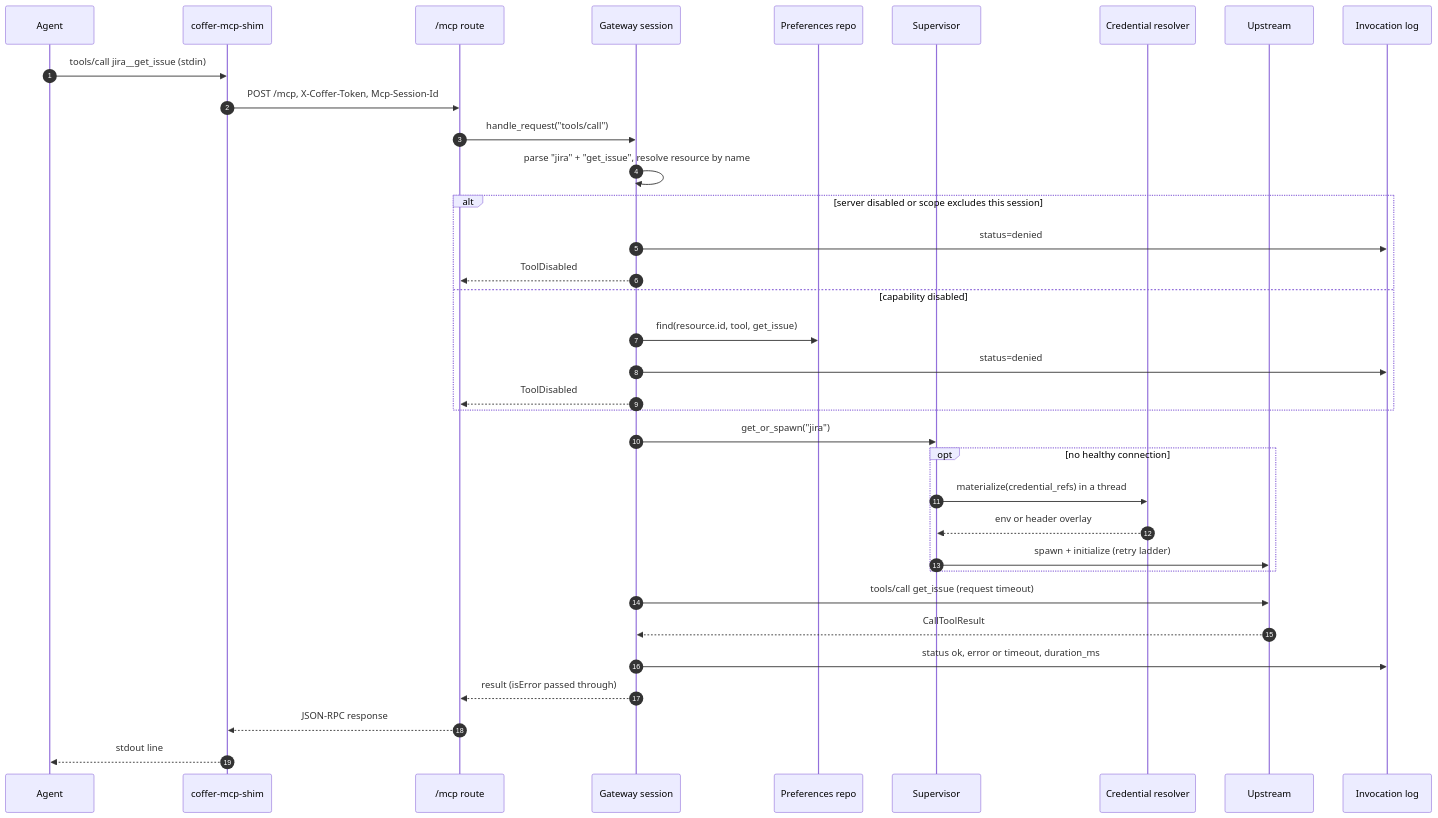
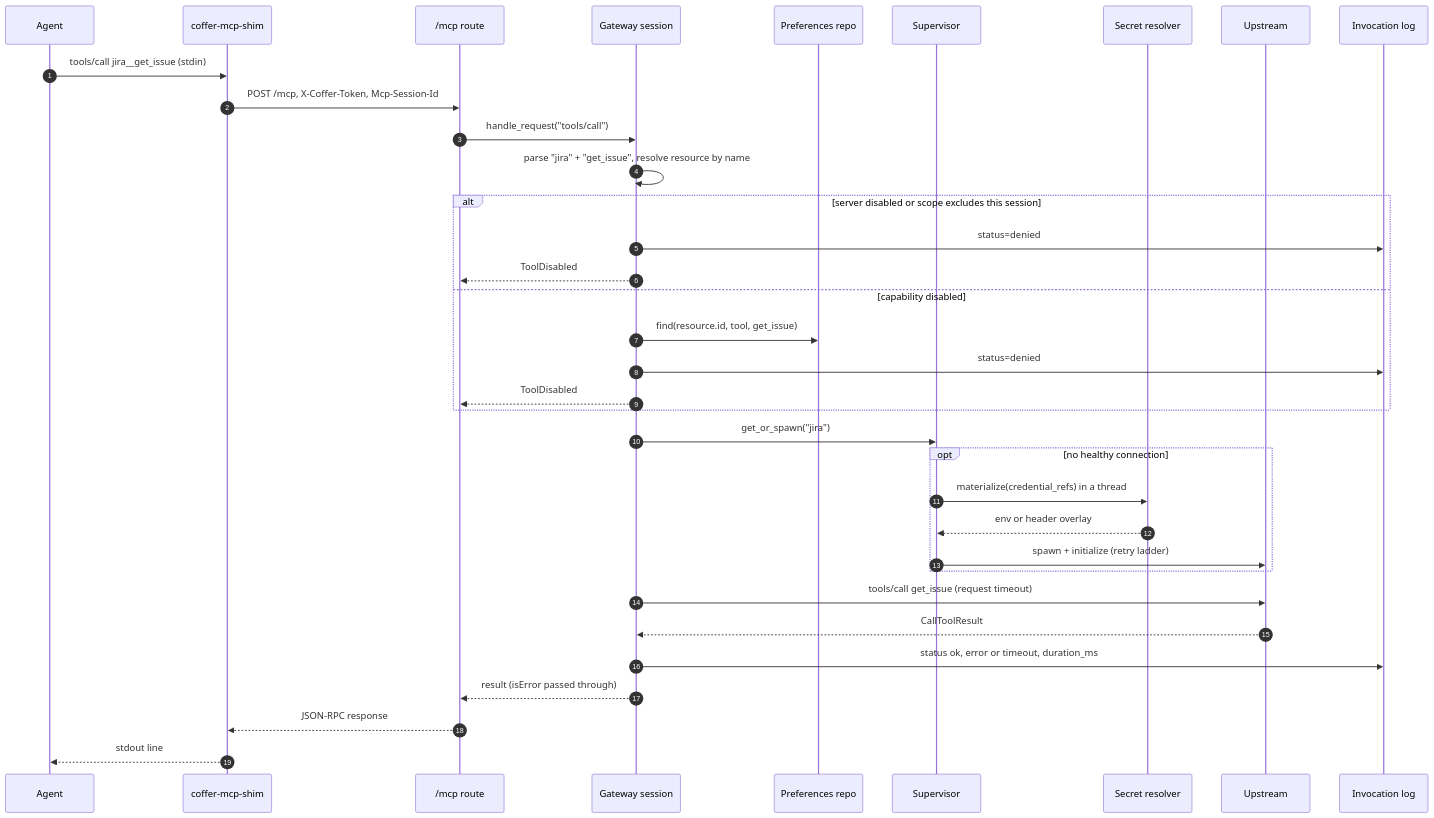
The third of 4 diagrams in docs-site/architecture/mcp-gateway.md (wyx-sg/Coffer), drawn with Mermaid before and after one commit. The commit also changed other lines of this file and 340 other files, not shown here.

````diff
--- a/docs-site/architecture/mcp-gateway.md
+++ b/docs-site/architecture/mcp-gateway.md
@@ -198,37 +198,37 @@
 ```mermaid
 sequenceDiagram
   autonumber
   participant A as Agent
   participant S as coffer-mcp-shim
   participant R as /mcp route
   participant G as Gateway session
   participant P as Preferences repo
   participant V as Supervisor
-  participant C as Credential resolver
+  participant C as Secret resolver
   participant U as Upstream
   participant L as Invocation log
   A->>S: tools/call jira__get_issue (stdin)
   S->>R: POST /mcp, X-Coffer-Token, Mcp-Session-Id
   R->>G: handle_request("tools/call")
   G->>G: parse "jira" + "get_issue", resolve resource by name
   alt server disabled or scope excludes this session
     G->>L: status=denied
     G-->>R: ToolDisabled
   else capability disabled
     G->>P: find(resource.id, tool, get_issue)
     G->>L: status=denied
     G-->>R: ToolDisabled
   end
   G->>V: get_or_spawn("jira")
   opt no healthy connection
     V->>C: materialize(credential_refs) in a thread
     C-->>V: env or header overlay
     V->>U: spawn + initialize (retry ladder)
   end
   G->>U: tools/call get_issue (request timeout)
   U-->>G: CallToolResult
   G->>L: status ok, error or timeout, duration_ms
   G-->>R: result (isError passed through)
   R-->>S: JSON-RPC response
   S-->>A: stdout line
 ```
````
